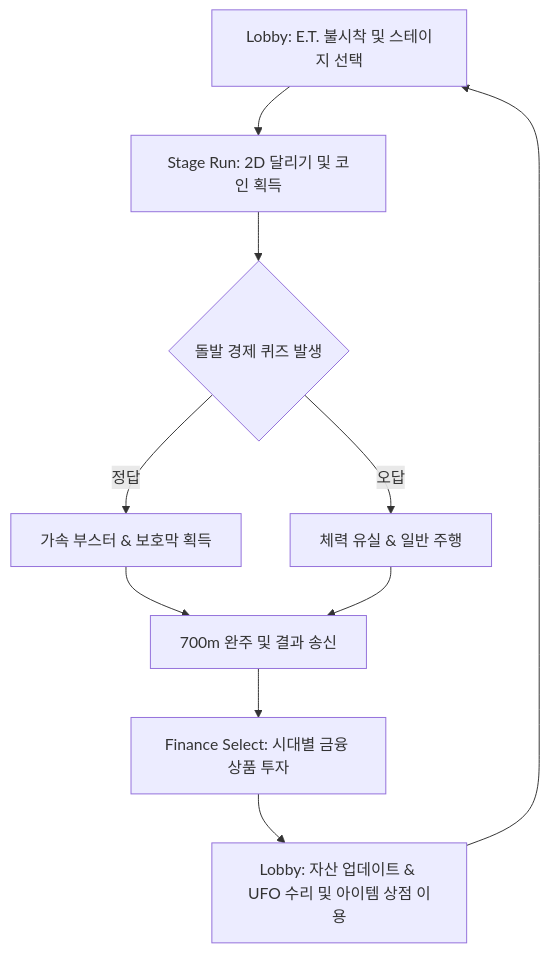
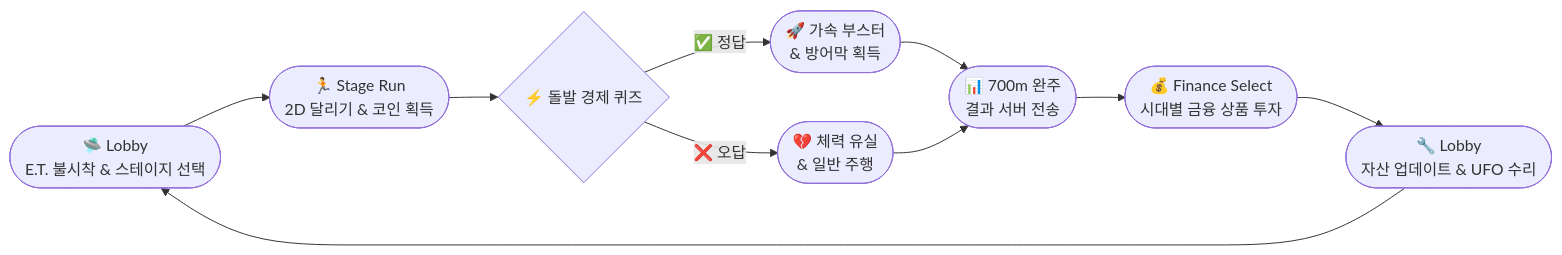
The diagram in README.md (kkaemong/zabonzooET), drawn with Mermaid before and after one commit. The commit also changed other lines of this file, not shown here.

Commit message:
docs: README 전면 리디자인 - 뱃지, 테이블, Mermaid 다이어그램, 구조 개선

````diff
--- a/README.md
+++ b/README.md
@@ -61,12 +44,12 @@
 ```mermaid
-graph TD
-    A[Lobby: E.T. 불시착 및 스테이지 선택] --> B[Stage Run: 2D 달리기 및 코인 획득]
-    B --> C{돌발 경제 퀴즈 발생}
-    C -- 정답 --> D[가속 부스터 & 보호막 획득]
-    C -- 오답 --> E[체력 유실 & 일반 주행]
-    D --> F[700m 완주 및 결과 송신]
+graph LR
+    A(["🛸 Lobby<br/>E.T. 불시착 & 스테이지 선택"]) --> B(["🏃 Stage Run<br/>2D 달리기 & 코인 획득"])
+    B --> C{"⚡ 돌발 경제 퀴즈"}
+    C -->|"✅ 정답"| D(["🚀 가속 부스터<br/>& 방어막 획득"])
+    C -->|"❌ 오답"| E(["💔 체력 유실<br/>& 일반 주행"])
+    D --> F(["📊 700m 완주<br/>결과 서버 전송"])
     E --> F
-    F --> G[Finance Select: 시대별 금융 상품 투자]
-    G --> H[Lobby: 자산 업데이트 & UFO 수리 및 아이템 상점 이용]
+    F --> G(["💰 Finance Select<br/>시대별 금융 상품 투자"])
+    G --> H(["🔧 Lobby<br/>자산 업데이트 & UFO 수리"])
     H --> A
 ```
````
